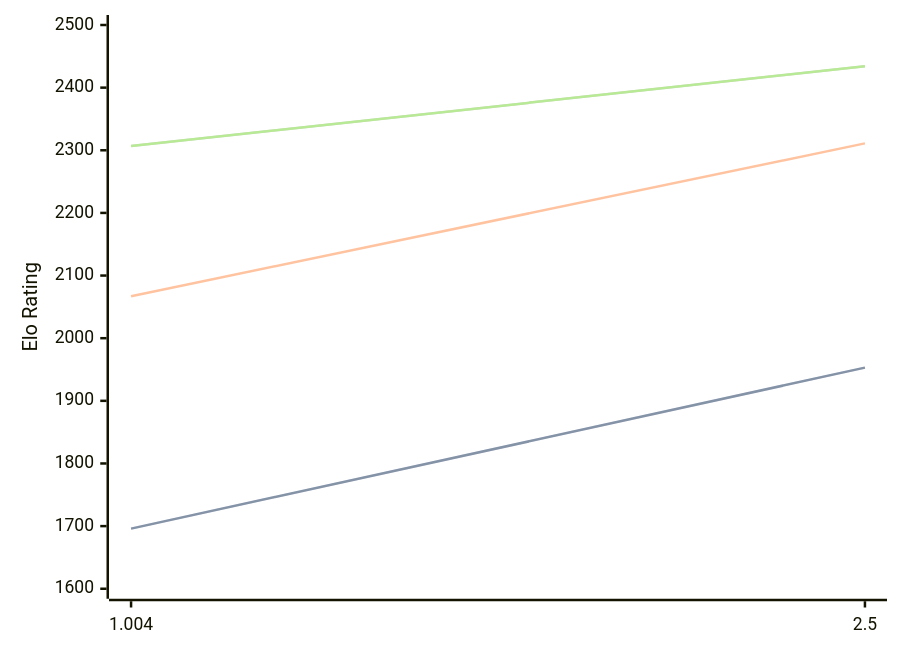
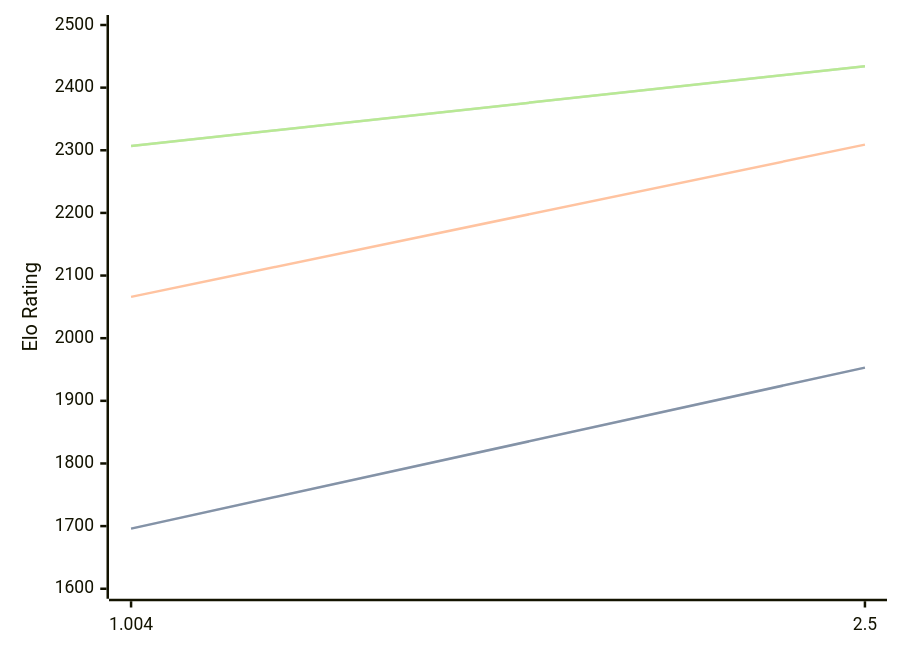
Before and after one commit to computer-chess-index/cci: the diagram in engines/Ares.md, drawn with Mermaid. The commit also changed other lines of this file, not shown here.

````diff
--- a/engines/Ares.md
+++ b/engines/Ares.md
@@ -32,11 +32,11 @@
 ```mermaid
 %%{init: {"theme":"base","themeVariables":{"seriesColors:['#a3a3a3','#222221','#faa371']}}}%%
 xychart-beta
   x-axis ["1.004", "2.5"]
   y-axis "Elo Rating" 1600 --> 2500
   line "STC (8.0+0.08s)" [1696, 1953]
   line "STC (8.0+0.08s)" [1696, 1953]
-  line "LTC (60.0+0.60s)" [2067, 2311]
+  line "LTC (60.0+0.60s)" [2066, 2309]
   line "VLTC (2m24s+1.12s)" [2307, 2434]
   line "VLTC (2m24s+1.12s)" [2307, 2434]
 ```
````
